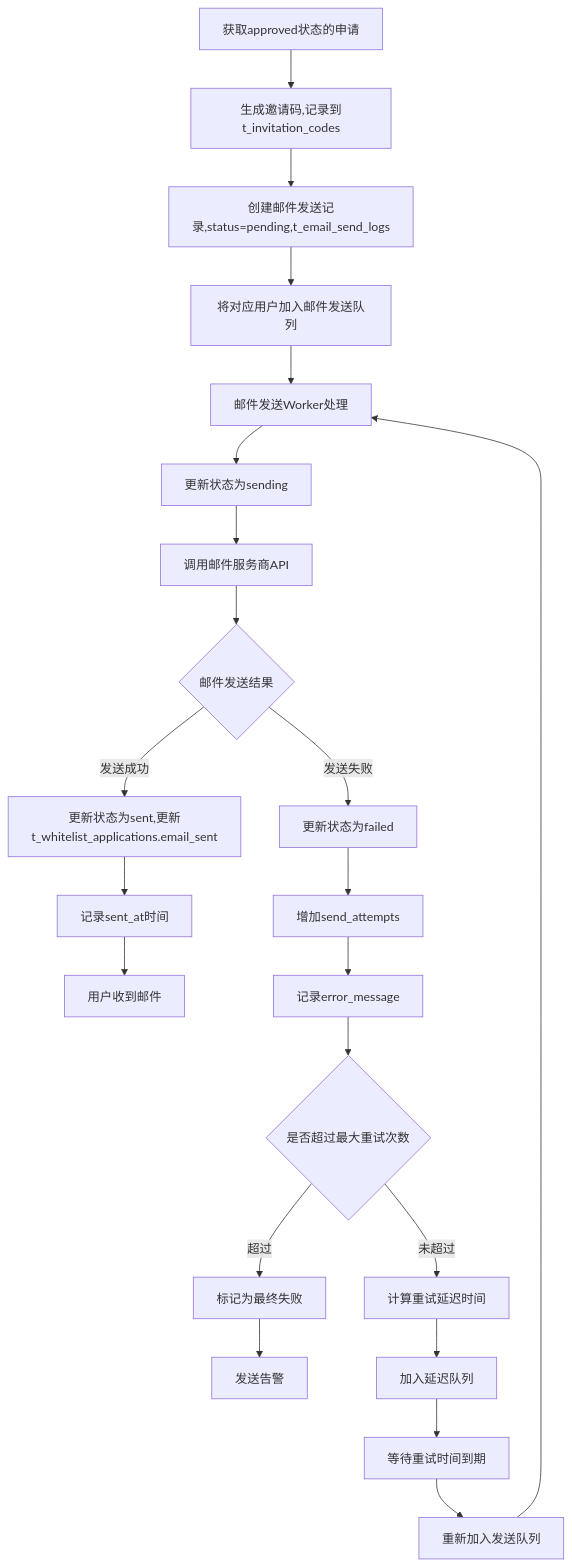
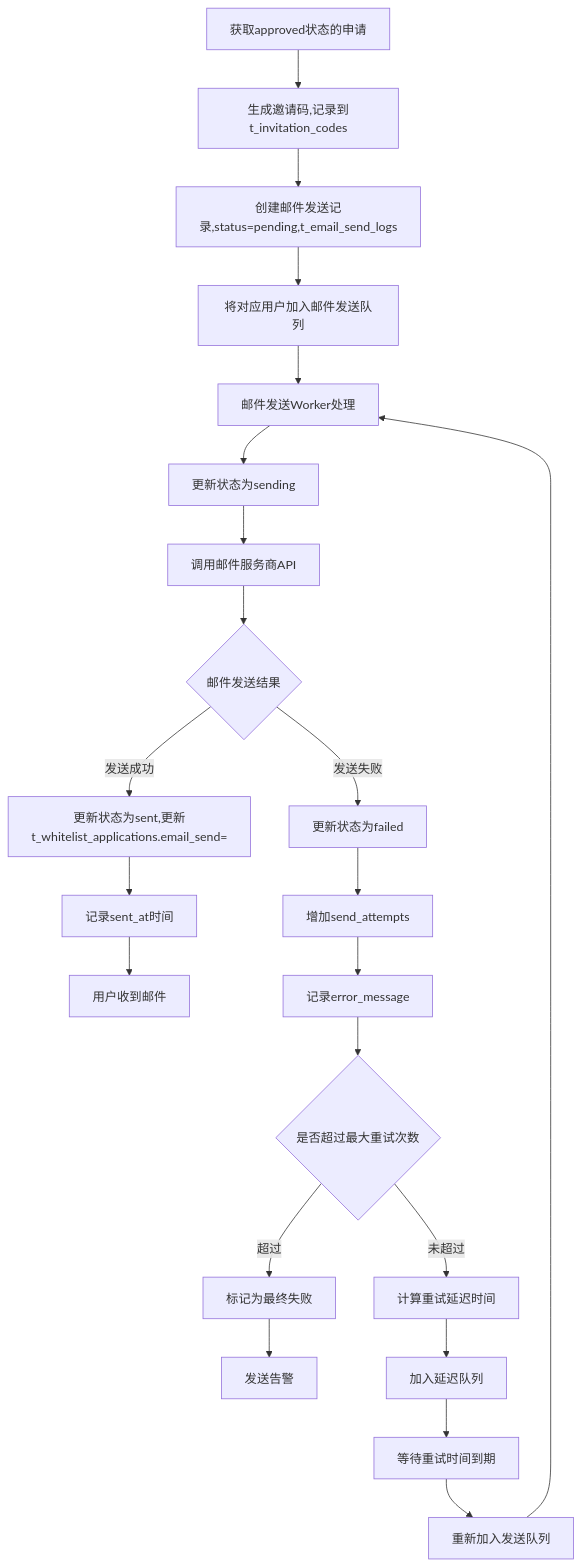
One commit to yingjianzh/iodraw-files changed the diagram in all/未命名-77.md. Above: the diagram before and after it, drawn with Mermaid.

Commit message:
2025-07-08 10:07:20 update

````diff
--- a/all/未命名-77.md
+++ b/all/未命名-77.md
@@ -1,29 +1,29 @@
 ```mermaid
 
 flowchart TD
     A[获取approved状态的申请] --> B[生成邀请码,记录到t_invitation_codes]
     B --> C[创建邮件发送记录,status=pending,t_email_send_logs]
     C --> D[将对应用户加入邮件发送队列]
     
     D --> E[邮件发送Worker处理]
     E --> F[更新状态为sending]
     F --> G[调用邮件服务商API]
     G --> H{邮件发送结果}
     
-    H -->|发送成功| I[更新状态为sent,更新t_whitelist_applications.email_sent]
+    H -->|发送成功| I[更新状态为sent,更新t_whitelist_applications.email_send=]
     I --> J[记录sent_at时间]
     J --> K[用户收到邮件]
     
     H -->|发送失败| L[更新状态为failed]
     L --> M[增加send_attempts]
     M --> N[记录error_message]
     N --> O{是否超过最大重试次数}
     O -->|超过| P[标记为最终失败]
     P --> Q[发送告警]
     O -->|未超过| R[计算重试延迟时间]
     R --> S[加入延迟队列]
     S --> T[等待重试时间到期]
     T --> U[重新加入发送队列]
     U --> E
 
 ```
````
